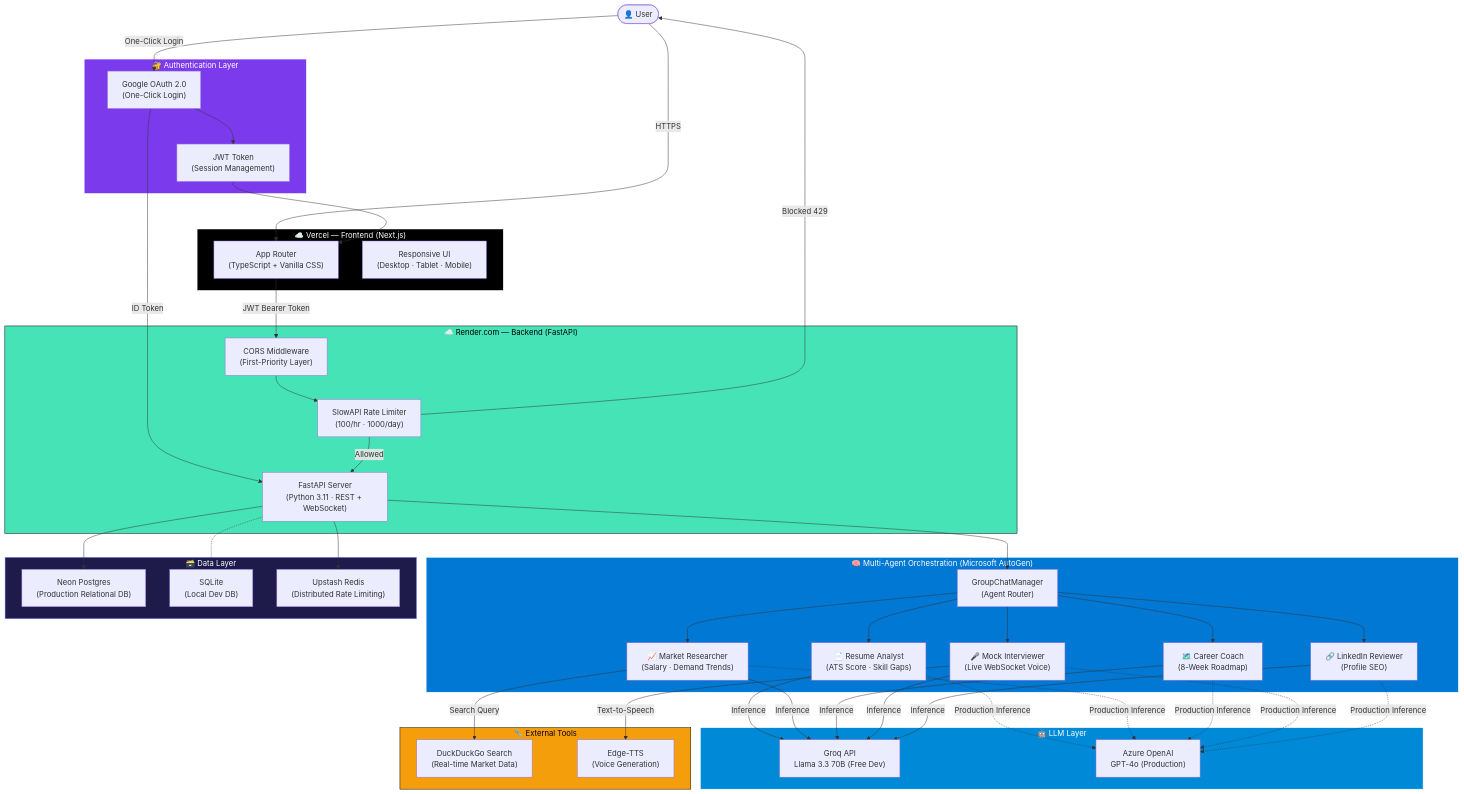
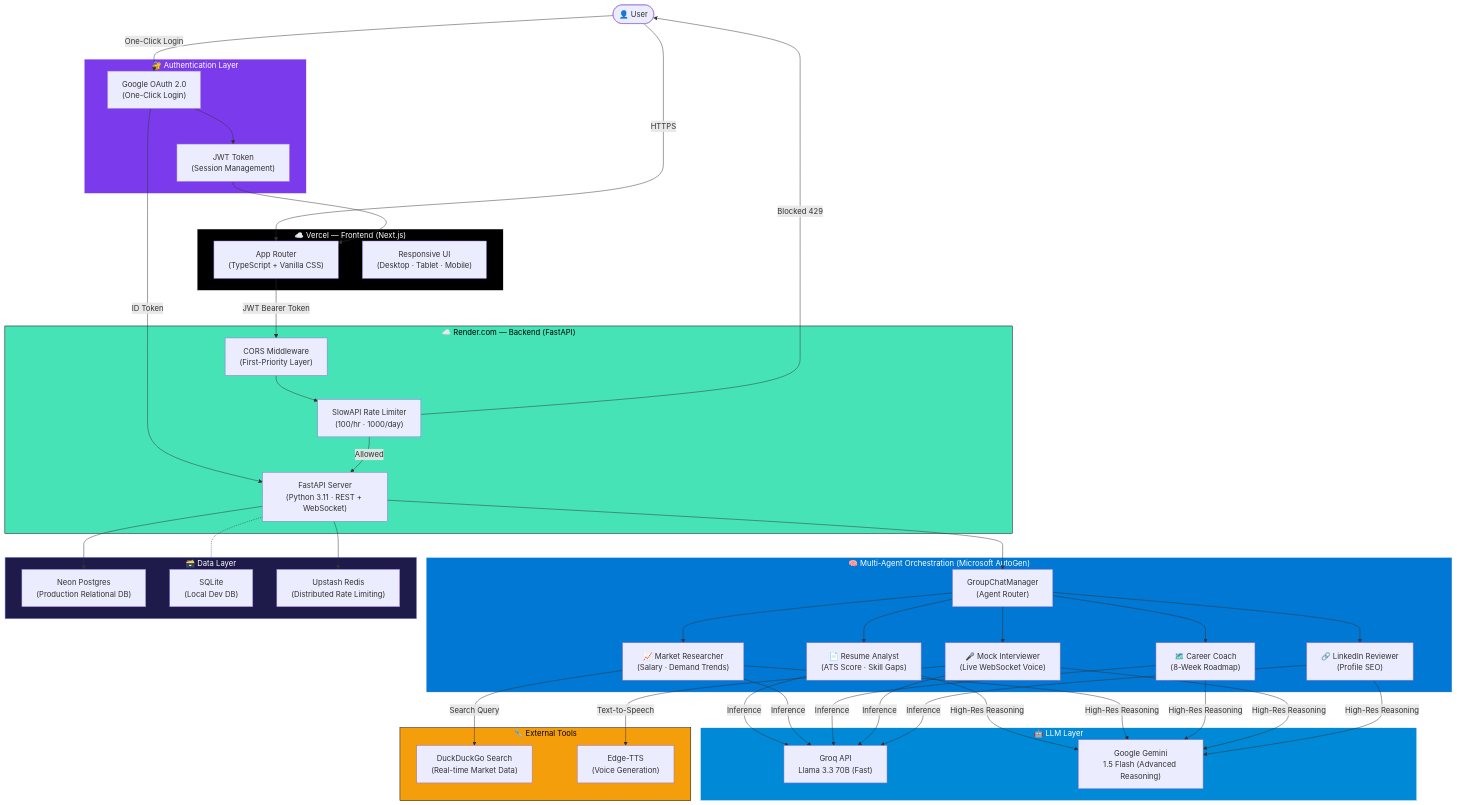
One commit to Anil-Pradhan-web/ai-career-mentor changed the diagram in README.md. Above: the diagram before and after it, drawn with Mermaid. The commit also changed other lines of this file and 22 other files, not shown here.

````diff
--- a/README.md
+++ b/README.md
@@ -63,72 +64,72 @@
 ```mermaid
 flowchart TD
     User(["👤 User"])
 
     subgraph Auth ["🔐 Authentication Layer"]
         GOOGLE["Google OAuth 2.0\n(One-Click Login)"]
         JWT["JWT Token\n(Session Management)"]
     end
 
     subgraph Vercel ["☁️ Vercel — Frontend (Next.js)"]
         FE["App Router\n(TypeScript + Vanilla CSS)"]
         RESP["Responsive UI\n(Desktop · Tablet · Mobile)"]
     end
 
     subgraph Render ["☁️ Render.com — Backend (FastAPI)"]
         CORS["CORS Middleware\n(First-Priority Layer)"]
         RATE["SlowAPI Rate Limiter\n(100/hr · 1000/day)"]
         API["FastAPI Server\n(Python 3.11 · REST + WebSocket)"]
     end
 
     subgraph Agents ["🧠 Multi-Agent Orchestration (Microsoft AutoGen)"]
         ORCH["GroupChatManager\n(Agent Router)"]
         A1["📄 Resume Analyst\n(ATS Score · Skill Gaps)"]
         A2["📈 Market Researcher\n(Salary · Demand Trends)"]
         A3["🗺️ Career Coach\n(8-Week Roadmap)"]
         A4["🎤 Mock Interviewer\n(Live WebSocket Voice)"]
         A5["🔗 LinkedIn Reviewer\n(Profile SEO)"]
     end
 
     subgraph LLM ["🤖 LLM Layer"]
-        GROQ["Groq API\nLlama 3.3 70B (Free Dev)"]
-        AZURE["Azure OpenAI\nGPT-4o (Production)"]
+        GROQ["Groq API\nLlama 3.3 70B (Fast)"]
+        GOOGLE_AI["Google Gemini\n1.5 Flash (Advanced Reasoning)"]
     end
 
     subgraph Tools ["🔧 External Tools"]
         DDG["DuckDuckGo Search\n(Real-time Market Data)"]
         TTS["Edge-TTS\n(Voice Generation)"]
     end
 
     subgraph DB ["🗃️ Data Layer"]
         POSTGRES["Neon Postgres\n(Production Relational DB)"]
         SQLITE["SQLite\n(Local Dev DB)"]
         REDIS["Upstash Redis\n(Distributed Rate Limiting)"]
     end
 
     User -->|"HTTPS"| FE
     User -->|"One-Click Login"| GOOGLE
     GOOGLE -->|"ID Token"| API
     FE -->|"JWT Bearer Token"| CORS
     CORS --> RATE
     RATE -->|"Allowed"| API
     RATE -->|"Blocked 429"| User
     API --> ORCH
     ORCH --> A1 & A2 & A3 & A4 & A5
     A1 & A2 & A3 & A4 & A5 -->|"Inference"| GROQ
-    A1 & A2 & A3 & A4 & A5 -.->|"Production Inference"| AZURE
+    A1 & A2 & A3 & A4 & A5 -->|"High-Res Reasoning"| GOOGLE_AI
     A2 -->|"Search Query"| DDG
     A4 -->|"Text-to-Speech"| TTS
     API --> POSTGRES
     API -.- SQLITE
     API --> REDIS
     GOOGLE --> JWT
     JWT --> FE
 
     style Vercel fill:#000,stroke:#fff,color:#fff
     style Render fill:#46E3B7,stroke:#000,color:#000
     style Agents fill:#0078D4,stroke:#fff,color:#fff
     style LLM fill:#0089D6,stroke:#fff,color:#fff
     style DB fill:#1e1b4b,stroke:#818cf8,color:#fff
     style Auth fill:#7c3aed,stroke:#fff,color:#fff
     style Tools fill:#f59e0b,stroke:#000,color:#000
 ```
````
